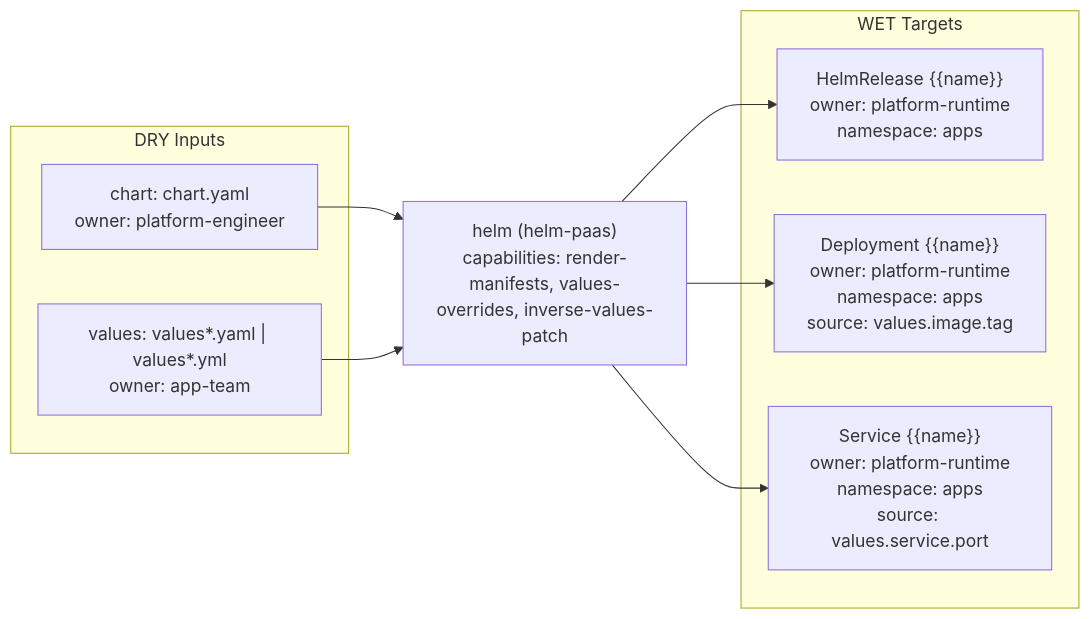
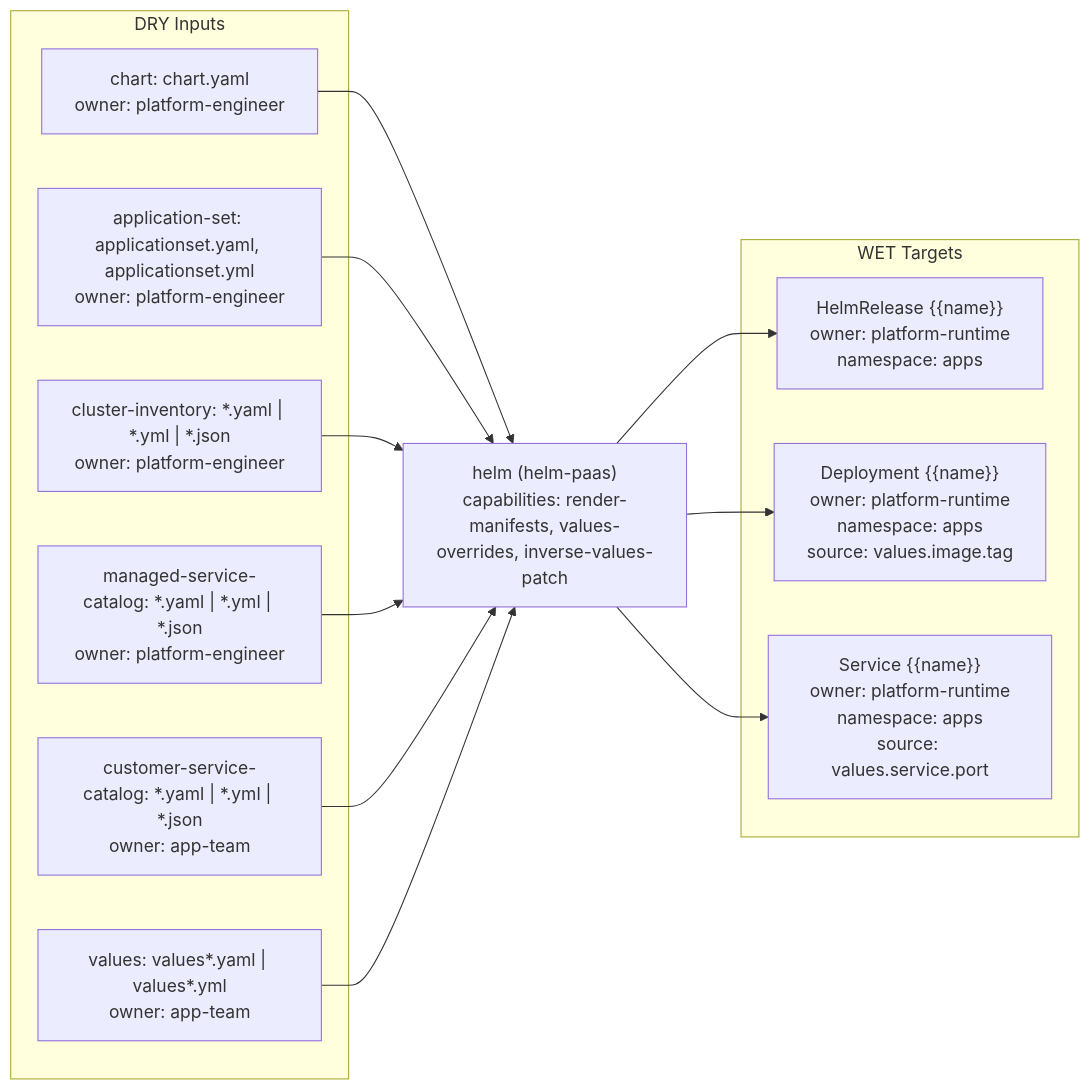
The diagram in docs/triple-styles/style-c-yaml-plus-docs/helm/triple.md (confighub/cub-gen), drawn with Mermaid before and after one commit. The commit also changed other lines of this file and 38 other files, not shown here.

````diff
--- a/docs/triple-styles/style-c-yaml-plus-docs/helm/triple.md
+++ b/docs/triple-styles/style-c-yaml-plus-docs/helm/triple.md
@@ -7,18 +7,26 @@
 ```mermaid
 flowchart LR
   subgraph DRY["DRY Inputs"]
     d1["chart: chart.yaml<br/>owner: platform-engineer"]
-    d2["values: values*.yaml | values*.yml<br/>owner: app-team"]
+    d2["application-set: applicationset.yaml, applicationset.yml<br/>owner: platform-engineer"]
+    d3["cluster-inventory: *.yaml | *.yml | *.json<br/>owner: platform-engineer"]
+    d4["managed-service-catalog: *.yaml | *.yml | *.json<br/>owner: platform-engineer"]
+    d5["customer-service-catalog: *.yaml | *.yml | *.json<br/>owner: app-team"]
+    d6["values: values*.yaml | values*.yml<br/>owner: app-team"]
   end
   gen["helm (helm-paas)<br/>capabilities: render-manifests, values-overrides, inverse-values-patch"]
   subgraph WET["WET Targets"]
     w1["HelmRelease {{name}}<br/>owner: platform-runtime<br/>namespace: apps"]
     w2["Deployment {{name}}<br/>owner: platform-runtime<br/>namespace: apps<br/>source: values.image.tag"]
     w3["Service {{name}}<br/>owner: platform-runtime<br/>namespace: apps<br/>source: values.service.port"]
   end
   d1 --> gen
   d2 --> gen
+  d3 --> gen
+  d4 --> gen
+  d5 --> gen
+  d6 --> gen
   gen --> w1
   gen --> w2
   gen --> w3
 ```
````
